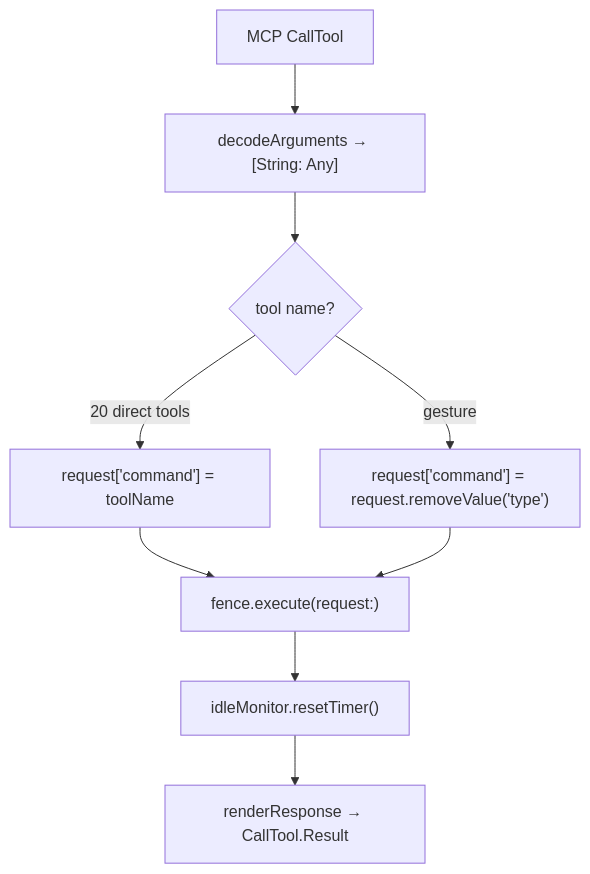
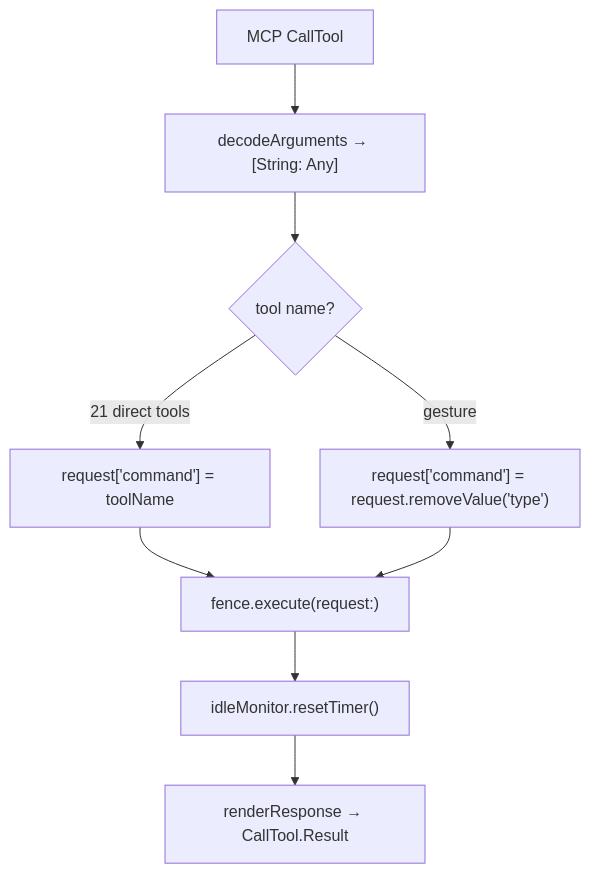
One commit to RoyalPineapple/TheButtonHeist changed the second of 2 diagrams in docs/dossiers/12-MCP.md. Above: the diagram before and after it, drawn with Mermaid. The commit also changed other lines of this file and 61 other files, not shown here.

````diff
--- a/docs/dossiers/12-MCP.md
+++ b/docs/dossiers/12-MCP.md
@@ -114,13 +115,13 @@
 ```mermaid
 flowchart TD
     Call["MCP CallTool"] --> Decode["decodeArguments → [String: Any]"]
     Decode --> Switch{"tool name?"}
 
-    Switch -->|"20 direct tools"| Direct["request['command'] = toolName"]
+    Switch -->|"21 direct tools"| Direct["request['command'] = toolName"]
     Switch -->|"gesture"| Grouped["request['command'] = request.removeValue('type')"]
 
     Direct --> Execute["fence.execute(request:)"]
     Grouped --> Execute
     Execute --> Reset["idleMonitor.resetTimer()"]
     Reset --> Render["renderResponse → CallTool.Result"]
 ```
````
